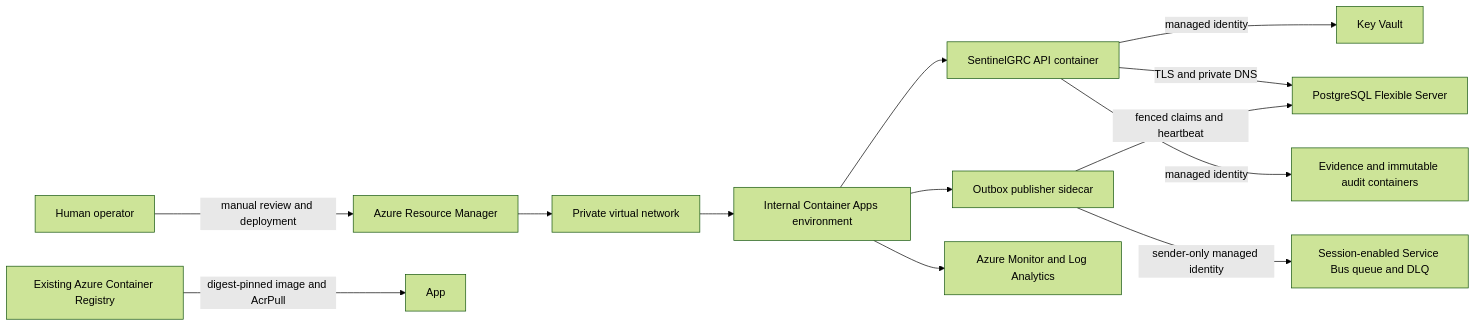
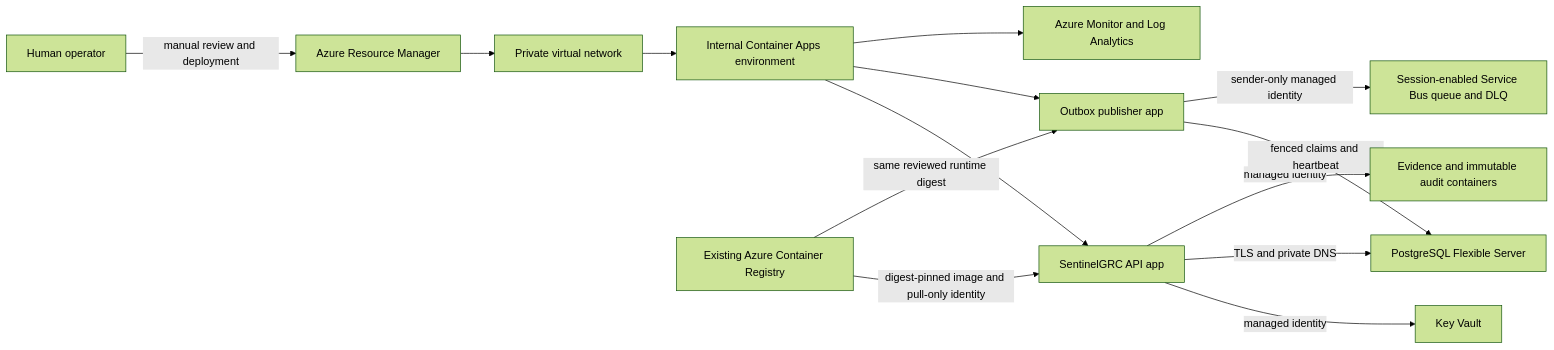
The diagram in docs/azure-staging-deployment.md (SuriyaBoon/SentinelGRC), drawn with Mermaid (forest theme) before and after one commit. The commit also changed other lines of this file and 15 other files, not shown here.

````diff
--- a/docs/azure-staging-deployment.md
+++ b/docs/azure-staging-deployment.md
@@ -17,15 +17,16 @@
 ```mermaid
 flowchart LR
     Operator["Human operator"] -->|"manual review and deployment"| ARM["Azure Resource Manager"]
     ARM --> VNet["Private virtual network"]
     VNet --> CAE["Internal Container Apps environment"]
-    CAE --> API["SentinelGRC API container"]
-    CAE --> Worker["Outbox publisher sidecar"]
+    CAE --> API["SentinelGRC API app"]
+    CAE --> Worker["Outbox publisher app"]
     API -->|"managed identity"| KV["Key Vault"]
     API -->|"TLS and private DNS"| PG["PostgreSQL Flexible Server"]
     API -->|"managed identity"| Blob["Evidence and immutable audit containers"]
     Worker -->|"fenced claims and heartbeat"| PG
     Worker -->|"sender-only managed identity"| SB["Session-enabled Service Bus queue and DLQ"]
     CAE --> Monitor["Azure Monitor and Log Analytics"]
-    ACR["Existing Azure Container Registry"] -->|"digest-pinned image and AcrPull"| App
+    ACR["Existing Azure Container Registry"] -->|"digest-pinned image and pull-only identity"| API
+    ACR -->|"same reviewed runtime digest"| Worker
 ```
````
